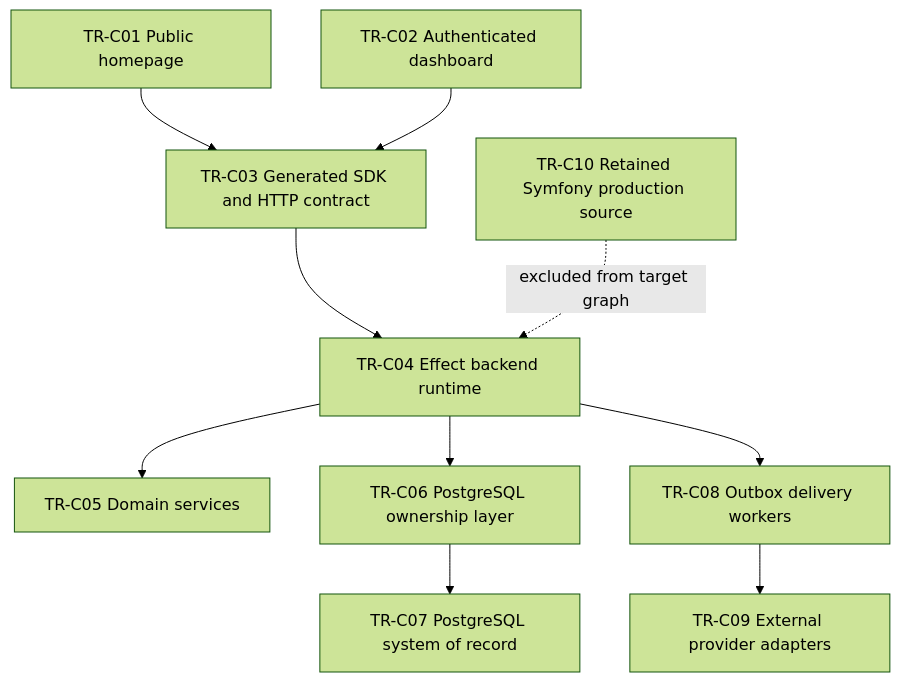
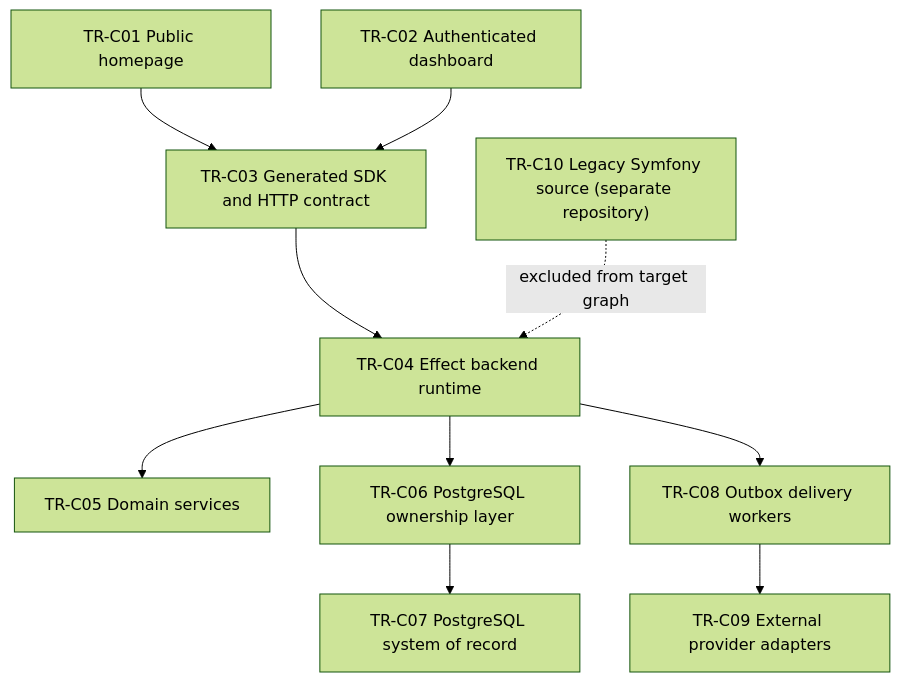
One commit to vektorprogrammet/mono-web changed the eighth of 13 diagrams in docs/enterprise-models.md. Above: the diagram before and after it, drawn with Mermaid (forest theme). The commit also changed 36 other files, not shown here.

````diff
--- a/docs/enterprise-models.md
+++ b/docs/enterprise-models.md
@@ -283,12 +283,12 @@
 ```mermaid
 flowchart TB
   TC01["TR-C01 Public homepage"] --> TC03["TR-C03 Generated SDK and HTTP contract"]
   TC02["TR-C02 Authenticated dashboard"] --> TC03
   TC03 --> TC04["TR-C04 Effect backend runtime"]
   TC04 --> TC05["TR-C05 Domain services"]
   TC04 --> TC06["TR-C06 PostgreSQL ownership layer"]
   TC06 --> TC07["TR-C07 PostgreSQL system of record"]
   TC04 --> TC08["TR-C08 Outbox delivery workers"]
   TC08 --> TC09["TR-C09 External provider adapters"]
-  TC10["TR-C10 Retained Symfony production source"] -. "excluded from target graph" .-> TC04
+  TC10["TR-C10 Legacy Symfony source (separate repository)"] -. "excluded from target graph" .-> TC04
 ```
````
